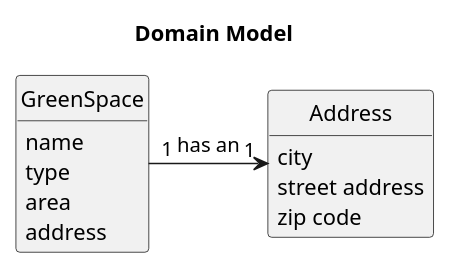
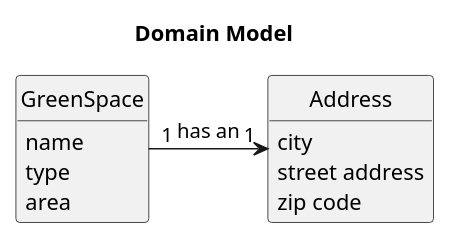
Before and after one commit to RicardoMorim/lapr2-ISEP-Project: the diagram in docs/sprintC/us020/02.analysis/puml/020-domain-model.puml, drawn with PlantUML. The commit also changed 63 other files, not shown here.

```diff
--- a/docs/sprintC/us020/02.analysis/puml/020-domain-model.puml
+++ b/docs/sprintC/us020/02.analysis/puml/020-domain-model.puml
@@ -1,24 +1,23 @@
 @startuml
 
 'left to right direction
 
 title Domain Model
 
 hide methods
 hide circle
 
 class GreenSpace {
         name
         type
         area
-        address
 }
 class Address {
         city
         street address
         zip code
 }
 
 GreenSpace"1" -> "1"Address : has an
 
 @enduml
```
